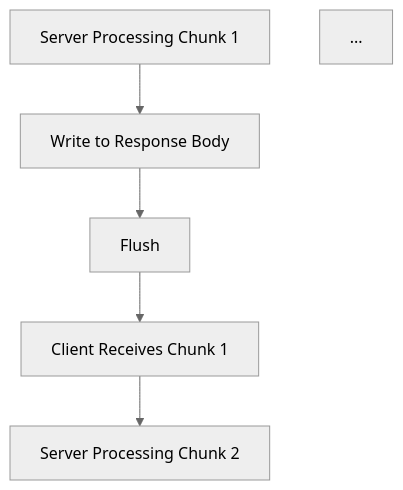
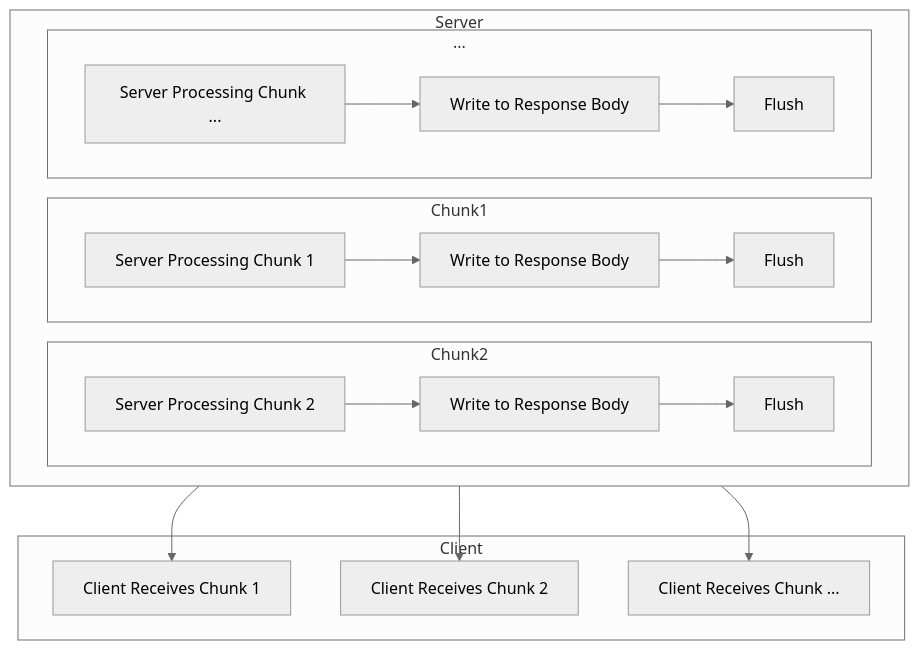
One commit to oninebx/blog changed the diagram in _posts/2025-07-08-streaming-progress-updates-in-long-running-asp-net-core-requests.md. Above: the diagram before and after it, drawn with Mermaid (neutral theme).

Commit message:
Update Blog “2025-07-08-streaming-progress-updates-in-long-running-asp-net-core-requests”

````diff
--- a/_posts/2025-07-08-streaming-progress-updates-in-long-running-asp-net-core-requests.md
+++ b/_posts/2025-07-08-streaming-progress-updates-in-long-running-asp-net-core-requests.md
@@ -24,8 +24,20 @@
-<div class="mermaid">
-graph TD
-    A[Server Processing Chunk 1] --> B[Write to Response Body]
-    B --> C[Flush]
-    C --> D[Client Receives Chunk 1]
-    D --> E[Server Processing Chunk 2]
-    ...
-</div>
+```mermaid
+  graph TD
+    subgraph Server [Server]
+      direction LR
+      subgraph Chunk1 [Chunk1]
+        A1[Server Processing Chunk 1] --> B1[Write to Response Body] --> C1[Flush]
+      end 
+      subgraph Chunk2[Chunk2]
+        A2[Server Processing Chunk 2] --> B2[Write to Response Body] --> C2[Flush]
+      end
+      subgraph Chunk3 [...]
+        A3[Server Processing Chunk ...] --> B3[Write to Response Body] --> C3[Flush]
+      end
+    end
+    subgraph Client [Client]
+    C1 --> D1[Client Receives Chunk 1]
+    C2 --> D2[Client Receives Chunk 2]
+    C3 --> D3[Client Receives Chunk ...]
+    end
+```
````
